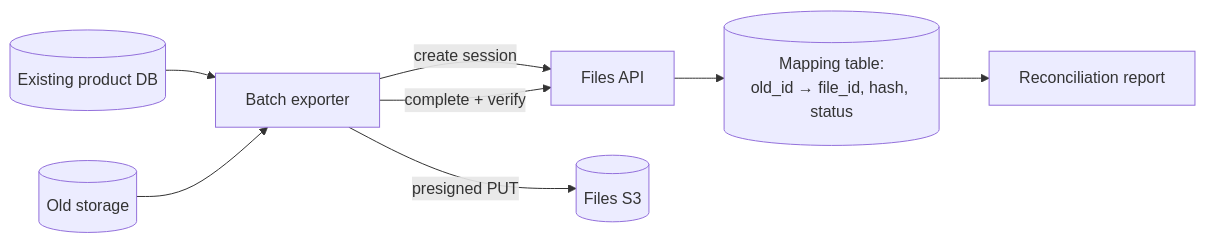
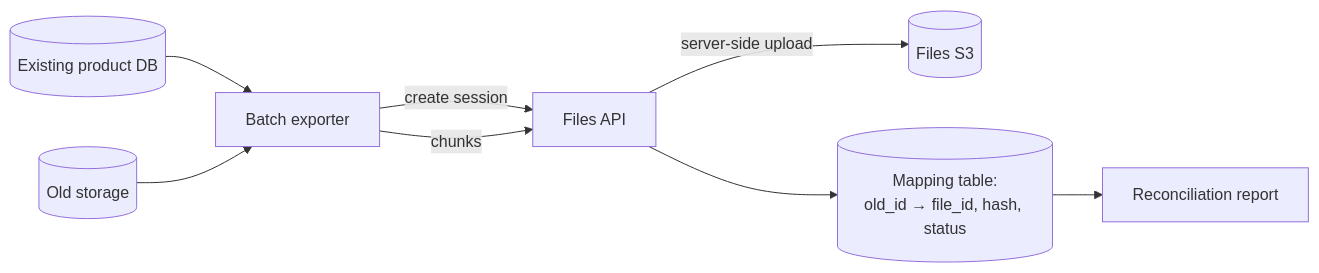
Before and after one commit to solucionesjj/files: the diagram in docs/06-workflows/existing-product-migration.md, drawn with Mermaid. The commit also changed other lines of this file and 84 other files, not shown here.

First line of the commit message:
refactor: single EC2 + exclusive S3 architecture

````diff
--- a/docs/06-workflows/existing-product-migration.md
+++ b/docs/06-workflows/existing-product-migration.md
@@ -39,10 +39,10 @@
 ```mermaid
 flowchart LR
   db[(Existing product DB)] --> exporter[Batch exporter]
   store[(Old storage)] --> exporter
   exporter -->|create session| api[Files API]
-  exporter -->|presigned PUT| s3[(Files S3)]
-  exporter -->|complete + verify| api
+  exporter -->|chunks| api
+  api -->|server-side upload| s3[(Files S3)]
   api --> mapping[(Mapping table:<br/>old_id → file_id, hash, status)]
   mapping --> reconcile[Reconciliation report]
 ```
````
